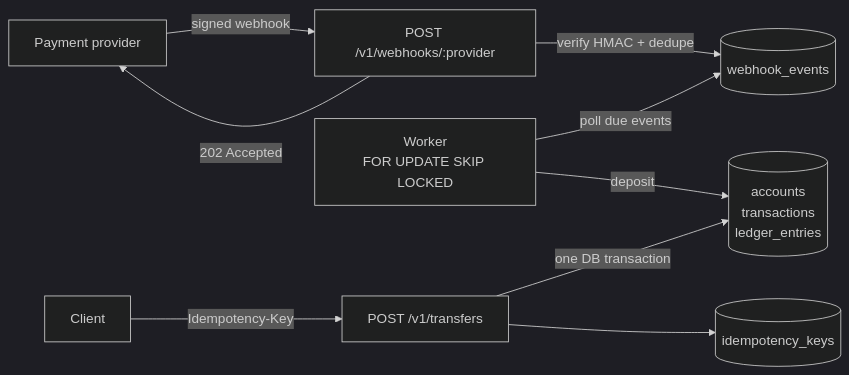
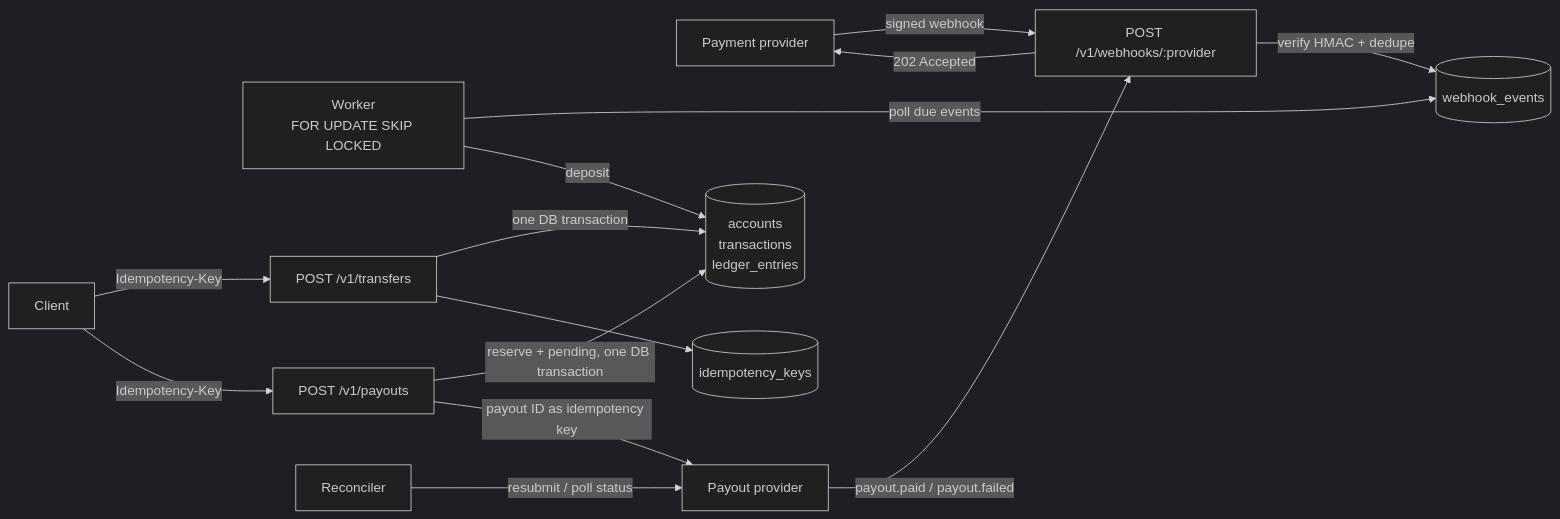
The first of 4 diagrams in README.md (marcosnobre26/go-payments-ledger), drawn with Mermaid (dark theme) before and after one commit. The commit also changed other lines of this file and 33 other files, not shown here.

````diff
--- a/README.md
+++ b/README.md
@@ -59,11 +63,16 @@
 ```mermaid
 flowchart LR
     P[Payment provider] -- signed webhook --> R[POST /v1/webhooks/:provider]
     R -- verify HMAC + dedupe --> E[(webhook_events)]
     R -- 202 Accepted --> P
     W[Worker<br/>FOR UPDATE SKIP LOCKED] -- poll due events --> E
     W -- deposit --> L[(accounts<br/>transactions<br/>ledger_entries)]
     C[Client] -- Idempotency-Key --> T[POST /v1/transfers]
     T -- one DB transaction --> L
     T --> I[(idempotency_keys)]
+    C -- Idempotency-Key --> PO[POST /v1/payouts]
+    PO -- reserve + pending, one DB transaction --> L
+    PO -- payout ID as idempotency key --> PR[Payout provider]
+    PR -- payout.paid / payout.failed --> R
+    RC[Reconciler] -- resubmit / poll status --> PR
 ```
````
